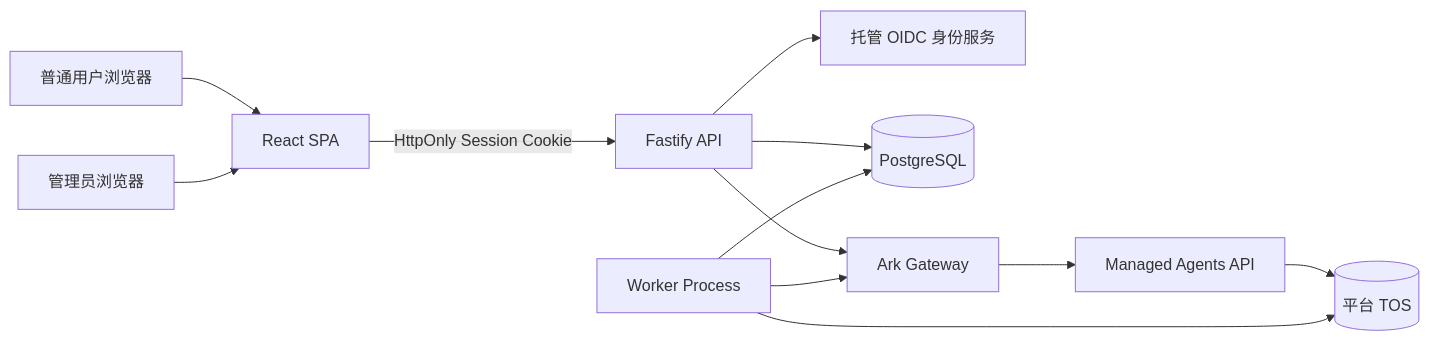
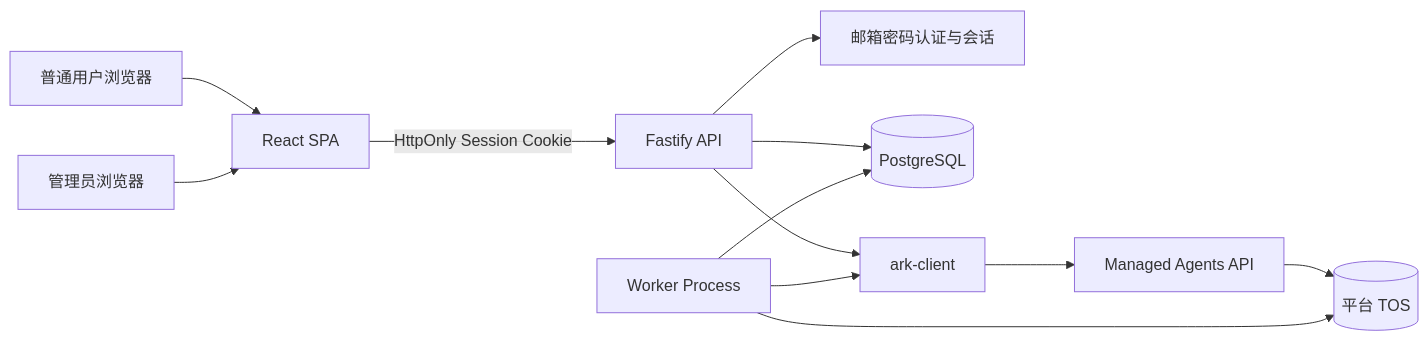
Before and after one commit to ElseifJie/MAWoker: the first of 2 diagrams in specs/personal-work-agent/design.md, drawn with Mermaid. The commit also changed other lines of this file and 153 other files, not shown here.

````diff
--- a/specs/personal-work-agent/design.md
+++ b/specs/personal-work-agent/design.md
@@ -37,14 +37,14 @@
 ```mermaid
 flowchart LR
     U[普通用户浏览器] --> W[React SPA]
     A[管理员浏览器] --> W
     W -->|HttpOnly Session Cookie| API[Fastify API]
-    API --> AUTH[托管 OIDC 身份服务]
+    API --> AUTH[邮箱密码认证与会话]
     API --> DB[(PostgreSQL)]
-    API --> ARK[Ark Gateway]
+    API --> ARK[ark-client]
     ARK --> MA[Managed Agents API]
     MA --> TOS[(平台 TOS)]
     WORKER[Worker Process] --> DB
     WORKER --> ARK
     WORKER --> TOS
 ```
````
